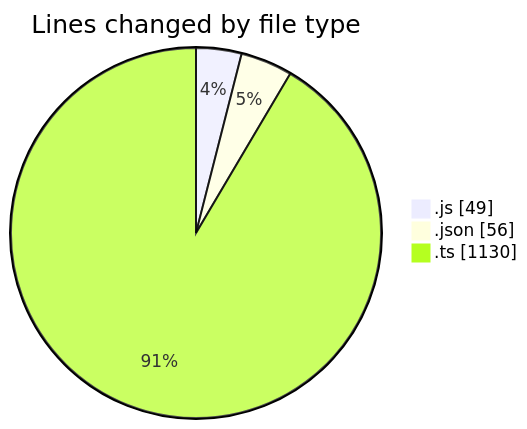
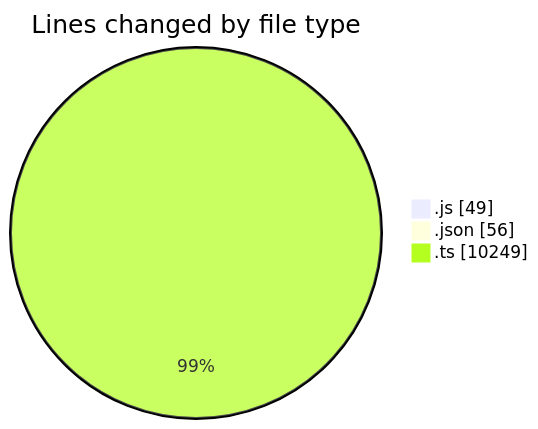
One commit to momahboobian/code-tracking changed the first of 2 diagrams in 2025-09-04/cda/README.md. Above: the diagram before and after it, drawn with Mermaid. The commit also changed other lines of this file and 1 other file, not shown here.

````diff
--- a/2025-09-04/cda/README.md
+++ b/2025-09-04/cda/README.md
@@ -23,7 +24,7 @@
 ```mermaid
 pie showData
 title Lines changed by file type
 ".js" : 49
 ".json" : 56
-".ts" : 1130
+".ts" : 10249
 ```
````
